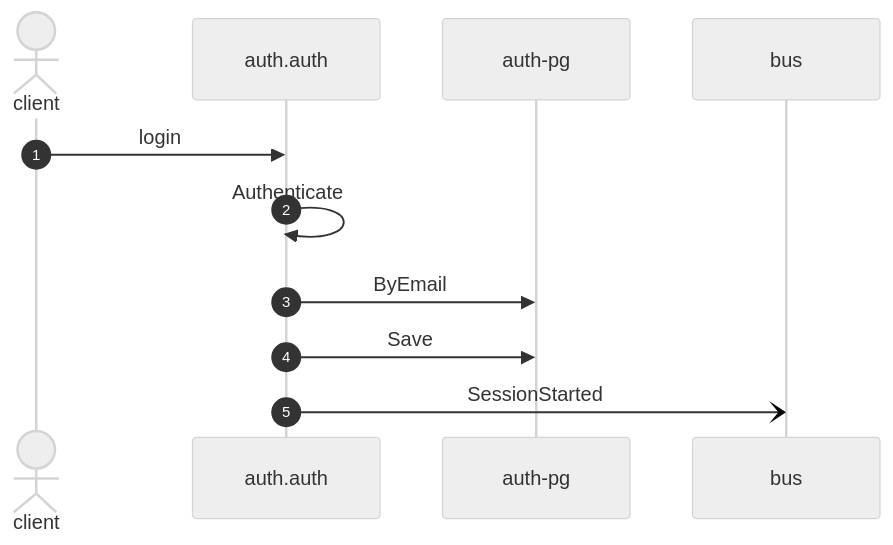
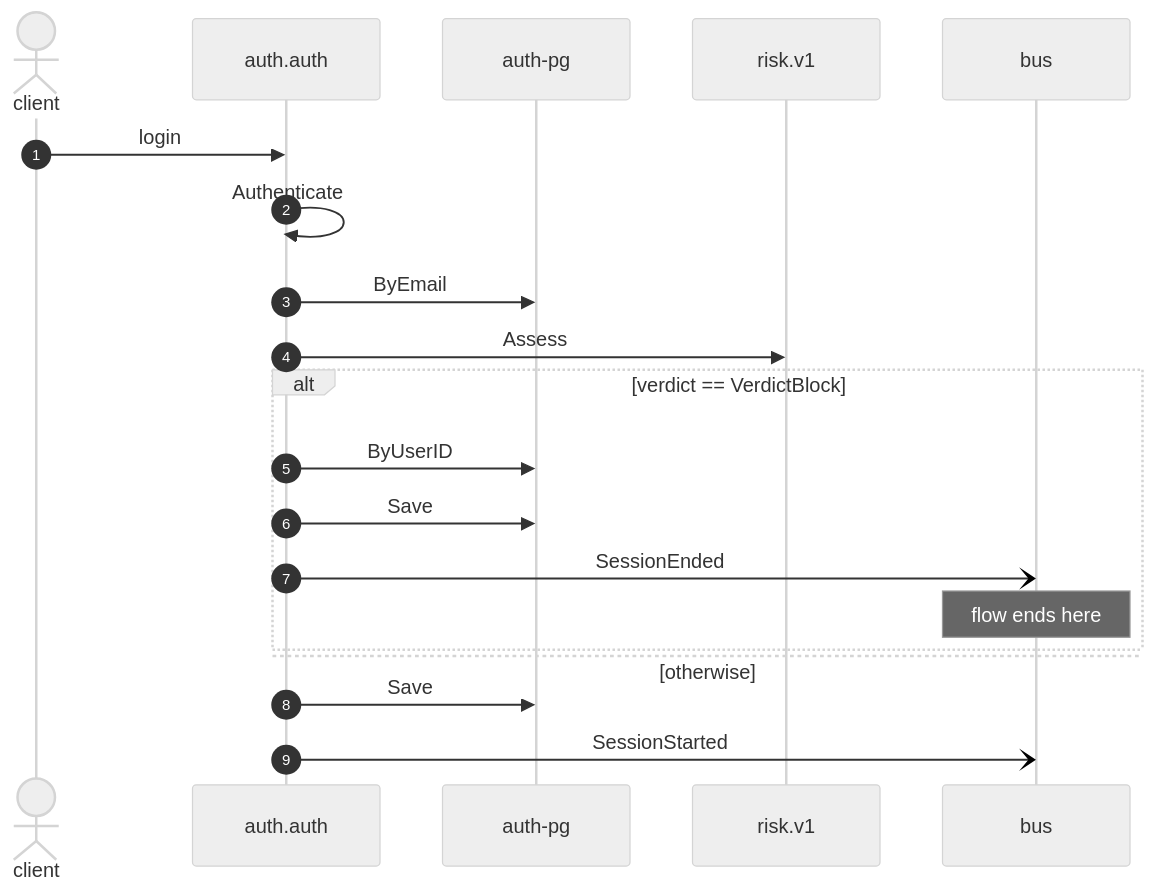
One commit to shortlink-org/portolan changed the diagram in docs/flows/auth-login.md. Above: the diagram before and after it, drawn with Mermaid (neutral theme). The commit also changed other lines of this file and 23 other files, not shown here.

First line of the commit message:
examples/auth: a risk check on login, and the flow it reads out as

````diff
--- a/docs/flows/auth-login.md
+++ b/docs/flows/auth-login.md
@@ -22,13 +23,22 @@
 ```mermaid
 sequenceDiagram
     autonumber
     actor p0 as client
     participant p1 as auth.auth
     participant p2 as auth-pg
-    participant p3 as bus
+    participant p3 as risk.v1
+    participant p4 as bus
     p0->>p1: login
     p1->>p1: Authenticate
     p1->>p2: ByEmail
+    p1->>p3: Assess
+    alt verdict == VerdictBlock
+        p1->>p2: ByUserID
+        p1->>p2: Save
+        p1-)p4: SessionEnded
+        Note over p4: flow ends here
+    else otherwise
+    end
     p1->>p2: Save
-    p1-)p3: SessionStarted
+    p1-)p4: SessionStarted
 ```
````
